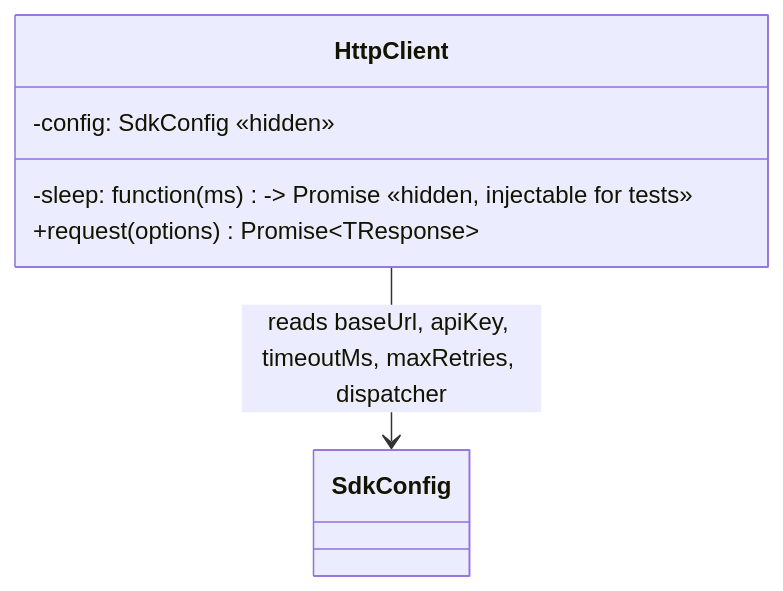
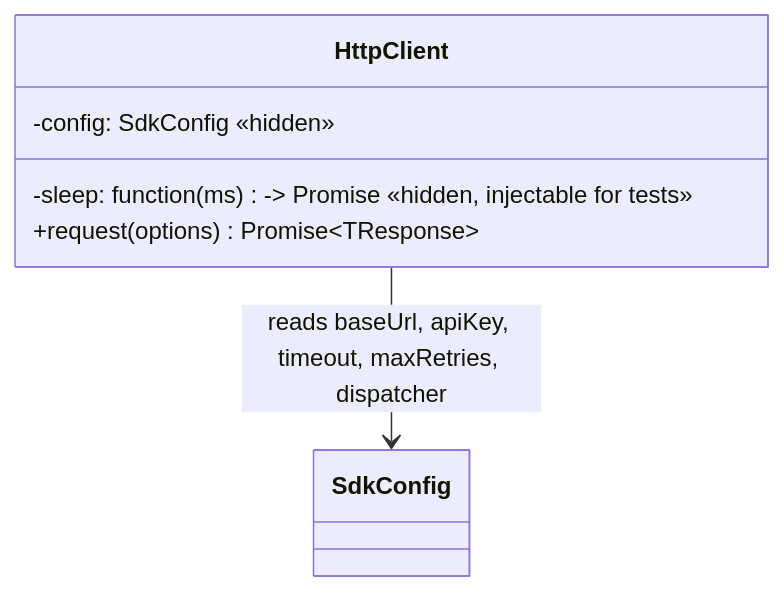
Before and after one commit to suqo-ai/suqo-sdk-ts: the diagram in docs/design/ticket-2-http-client.md, drawn with Mermaid. The commit also changed other lines of this file and 18 other files, not shown here.

````diff
--- a/docs/design/ticket-2-http-client.md
+++ b/docs/design/ticket-2-http-client.md
@@ -152,9 +155,9 @@
 ```mermaid
 classDiagram
   class HttpClient {
     -config: SdkConfig  «hidden»
     -sleep: function(ms) -> Promise  «hidden, injectable for tests»
     +request(options) Promise~TResponse~
   }
-  HttpClient --> SdkConfig : reads baseUrl, apiKey, timeoutMs, maxRetries, dispatcher
+  HttpClient --> SdkConfig : reads baseUrl, apiKey, timeout, maxRetries, dispatcher
 ```
````
